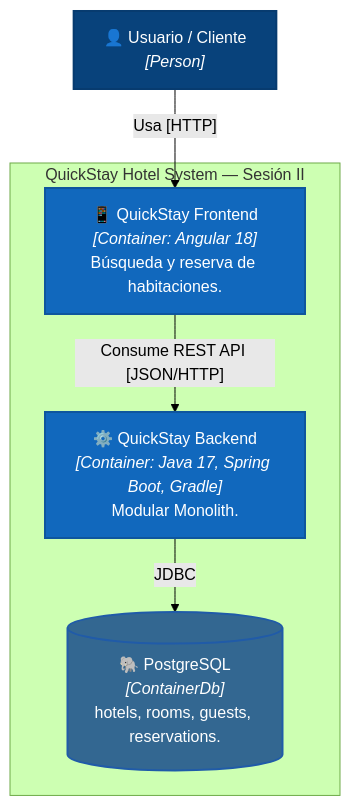
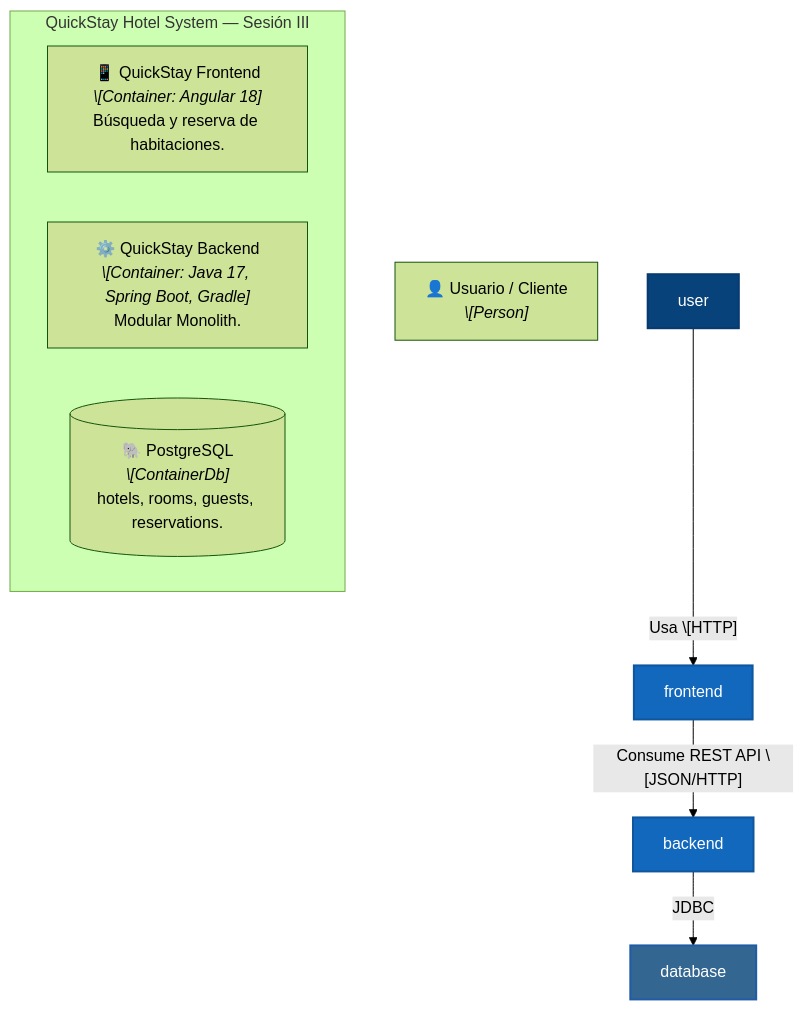
One commit to robertoq17/quickstay-hotel changed the second of 3 diagrams in README.md. Above: the diagram before and after it, drawn with Mermaid (forest theme). The commit also changed other lines of this file, not shown here.

````diff
--- a/README.md
+++ b/README.md
@@ -174,22 +184,22 @@
 ```mermaid
 graph TD
-    user["👤 Usuario / Cliente<br/><i>[Person]</i>"]
+    user\["👤 Usuario / Cliente<br/><i>\[Person]</i>"]
 
-    subgraph SystemBoundary["QuickStay Hotel System — Sesión II"]
-        frontend["📱 QuickStay Frontend<br/><i>[Container: Angular 18]</i><br/>Búsqueda y reserva de habitaciones."]
-        backend["⚙️ QuickStay Backend<br/><i>[Container: Java 17, Spring Boot, Gradle]</i><br/>Modular Monolith."]
-        database[("🐘 PostgreSQL<br/><i>[ContainerDb]</i><br/>hotels, rooms, guests, reservations.")]
+    subgraph SystemBoundary\["QuickStay Hotel System — Sesión III"]
+        frontend\["📱 QuickStay Frontend<br/><i>\[Container: Angular 18]</i><br/>Búsqueda y reserva de habitaciones."]
+        backend\["⚙️ QuickStay Backend<br/><i>\[Container: Java 17, Spring Boot, Gradle]</i><br/>Modular Monolith."]
+        database\[("🐘 PostgreSQL<br/><i>\[ContainerDb]</i><br/>hotels, rooms, guests, reservations.")]
     end
 
-    user -->|"Usa [HTTP]"| frontend
-    frontend -->|"Consume REST API [JSON/HTTP]"| backend
+    user -->|"Usa \[HTTP]"| frontend
+    frontend -->|"Consume REST API \[JSON/HTTP]"| backend
     backend -->|"JDBC"| database
 
     classDef person fill:#08427b,color:#fff,stroke:#073b6f,stroke-width:2px;
     classDef container fill:#1168bd,color:#fff,stroke:#0e569e,stroke-width:2px;
     classDef db fill:#336791,color:#fff,stroke:#205ba8,stroke-width:2px;
 
     class user person;
     class frontend,backend container;
     class database db;
 ```
````
